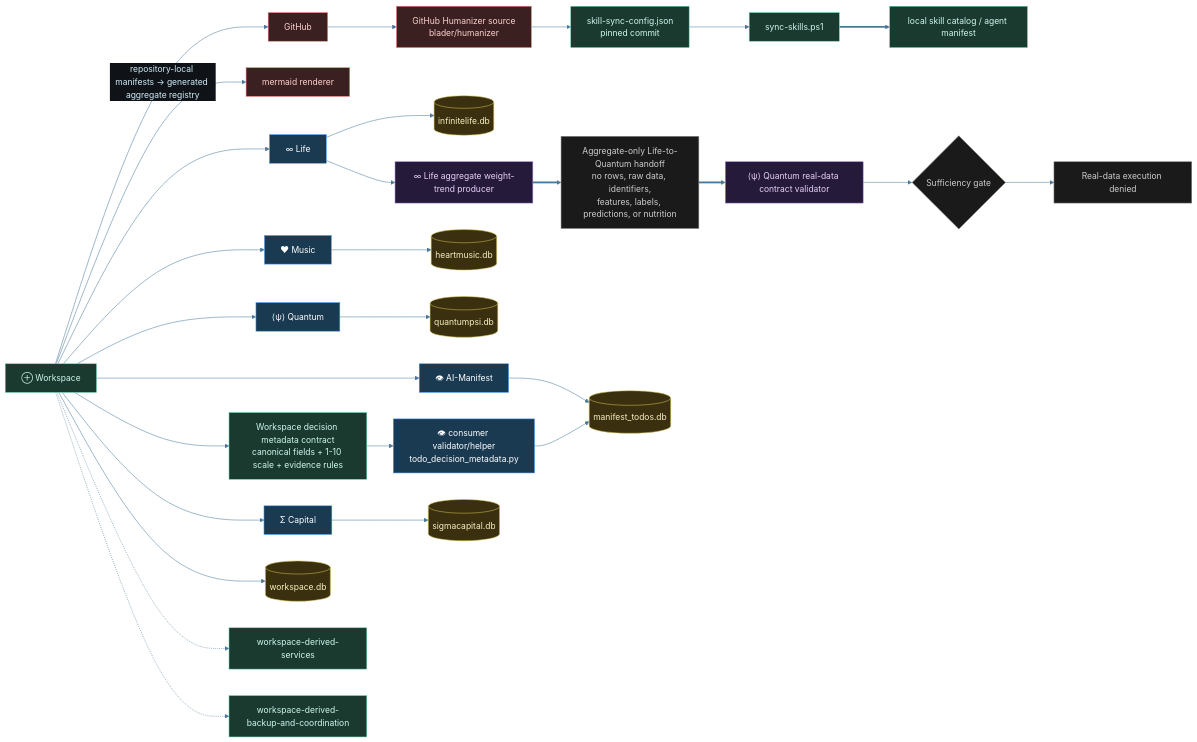
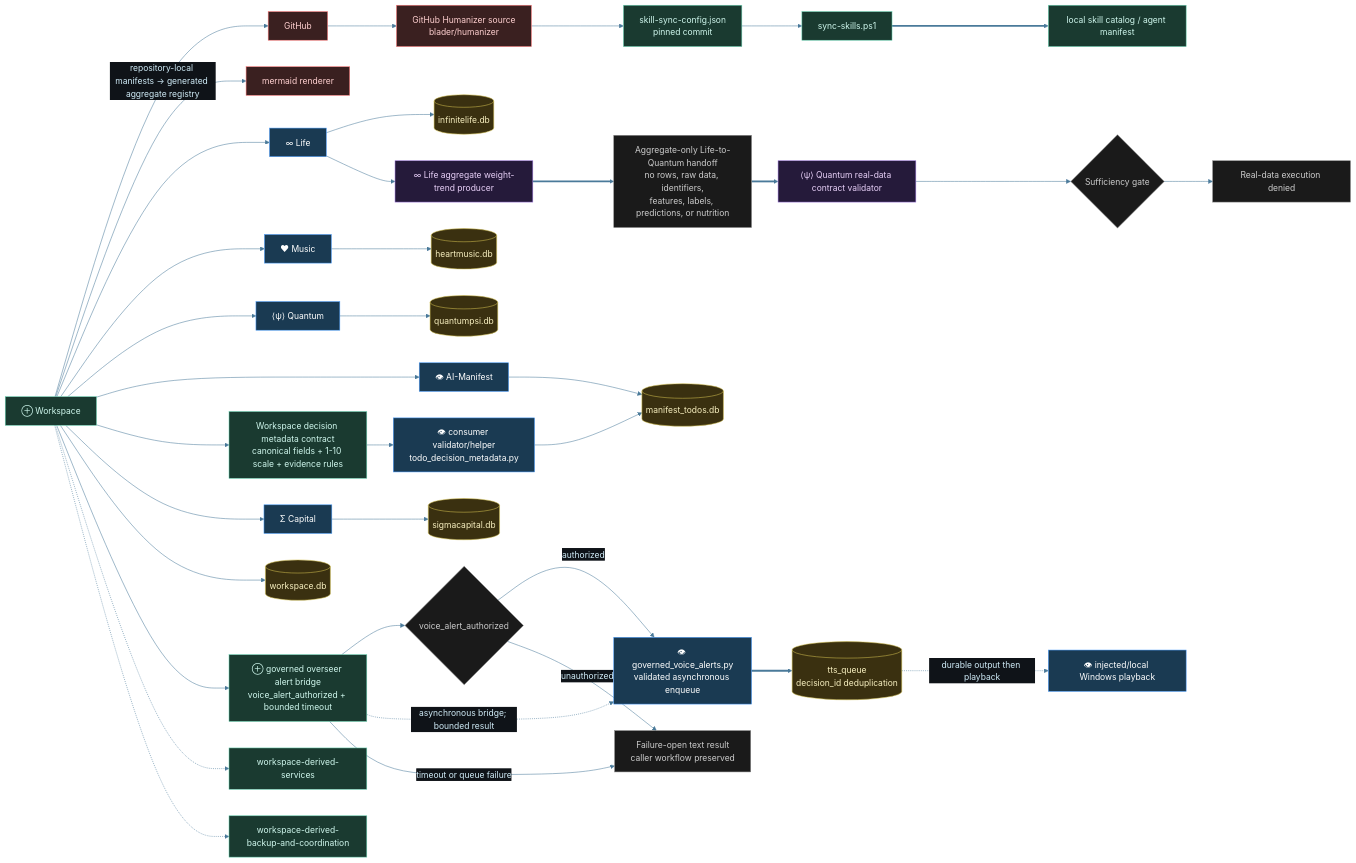
The diagram in diagrams/workspace-integrations.mmd (tylerdrakemusic/-Workspace), drawn with Mermaid before and after one commit. The commit also changed 6 other files, not shown here.

Commit message:
⊕ workspace: governed overseer voice alerts (FR-20260902-governed-overseer-voice-alerts)

```diff
--- a/diagrams/workspace-integrations.mmd
+++ b/diagrams/workspace-integrations.mmd
@@ -1,55 +1,71 @@
 %%{init: {'theme': 'base', 'themeVariables': {'primaryColor': '#1a2e3a', 'primaryTextColor': '#d0ecf8', 'edgeLabelBackground': '#0f1318', 'lineColor': '#4a7a9a'}}}%%
 %% is_derived_view=false
 %% Traceability.derived_views: diagrams/workspace-derived-services.mmd, diagrams/workspace-derived-backup-and-coordination.mmd
 graph LR
     Workspace[⊕ Workspace] --> GitHub[GitHub]
     GitHub --> HumanizerSource[GitHub Humanizer source<br/>blader/humanizer]
     HumanizerSource --> SkillSyncConfig[skill-sync-config.json<br/>pinned commit]
     SkillSyncConfig --> SkillSyncScript[sync-skills.ps1]
     SkillSyncScript ==> LocalSkillCatalog[local skill catalog / agent manifest]
     Workspace -->|"repository-local manifests -> generated aggregate registry"| Mermaid[mermaid renderer]
     Workspace --> Life[∞ Life]
     Workspace --> Music[❤ Music]
     Workspace --> Quantum[⟨ψ⟩ Quantum]
     Workspace --> Manifest[👁 AI-Manifest]
     Workspace --> DecisionContract[Workspace decision metadata contract<br/>canonical fields + 1-10 scale + evidence rules]
     DecisionContract --> ManifestValidator[👁 consumer validator/helper<br/>todo_decision_metadata.py]
     Workspace --> Capital[Σ Capital]
     Workspace --> WSDB[(workspace.db)]
+    OverseerAlert[⊕ governed overseer alert bridge<br/>voice_alert_authorized + bounded timeout]
+    AlertAuthorization{voice_alert_authorized}
+    ManifestAlertCapability[👁 governed_voice_alerts.py<br/>validated asynchronous enqueue]
+    TTSQueue[(tts_queue<br/>decision_id deduplication)]
+    LocalPlayback[👁 injected/local Windows playback]
+    TextFallback[Failure-open text result<br/>caller workflow preserved]
+    Workspace --> OverseerAlert
+    OverseerAlert --> AlertAuthorization
+    AlertAuthorization -->|authorized| ManifestAlertCapability
+    AlertAuthorization -->|unauthorized| TextFallback
+    OverseerAlert -.->|"asynchronous bridge; bounded result"| ManifestAlertCapability
+    ManifestAlertCapability ==> TTSQueue
+    TTSQueue -.->|durable output then playback| LocalPlayback
+    OverseerAlert -->|timeout or queue failure| TextFallback
     Workspace -.-> Services[workspace-derived-services]
     Workspace -.-> Backup[workspace-derived-backup-and-coordination]
     Life --> LifeDB[(infinitelife.db)]
     Music --> MusicDB[(heartmusic.db)]
     Quantum --> QDB[(quantumpsi.db)]
     Manifest --> ManifestDB[(manifest_todos.db)]
     ManifestValidator --> ManifestDB
     Capital --> CapitalDB[(sigmacapital.db)]
     LifeWeightTrend[∞ Life aggregate weight-trend producer]
     AggregateHandoff[Aggregate-only Life-to-Quantum handoff<br/>no rows, raw data, identifiers,<br/>features, labels, predictions, or nutrition]
     QuantumValidator[⟨ψ⟩ Quantum real-data contract validator]
     SufficiencyGate{Sufficiency gate}
     ExecutionDenied[Real-data execution denied]
     Life --> LifeWeightTrend
     LifeWeightTrend ==> AggregateHandoff
     AggregateHandoff ==> QuantumValidator
     QuantumValidator --> SufficiencyGate
     SufficiencyGate --> ExecutionDenied
     class Workspace,Services,Backup ws
     class DecisionContract ws
+    class OverseerAlert ws
     class ManifestValidator orch
+    class ManifestAlertCapability,LocalPlayback orch
     class Life,Music,Quantum,Manifest,Capital orch
     class LifeWeightTrend,QuantumValidator quantum
-    class AggregateHandoff,SufficiencyGate,ExecutionDenied state
+    class AlertAuthorization,TextFallback,AggregateHandoff,SufficiencyGate,ExecutionDenied state
     class GitHub,Mermaid,HumanizerSource ext
     class SkillSyncConfig,SkillSyncScript,LocalSkillCatalog ws
-    class WSDB,LifeDB,MusicDB,QDB,ManifestDB,CapitalDB db
+    class WSDB,LifeDB,MusicDB,QDB,ManifestDB,CapitalDB,TTSQueue db
 classDef life     fill:#1a2e3a,stroke:#6ab4d4,color:#d0ecf8
 classDef music    fill:#3a1a24,stroke:#d47a8f,color:#f8d0dc
 classDef quantum  fill:#251a3a,stroke:#a07adf,color:#e8d0f8
 classDef manifest fill:#3a2e1a,stroke:#d4a96a,color:#f8ead0
 classDef ws       fill:#1a3a30,stroke:#6ad4b4,color:#d0f8ee
 classDef tyler    fill:#2a1a3a,stroke:#9e4aff,color:#fff
 classDef orch     fill:#1a3a52,stroke:#4a9eff,color:#fff
 classDef ext      fill:#3a2020,stroke:#ff7a7a,color:#ffd0d0
 classDef db       fill:#3a3010,stroke:#d4c050,color:#f8f0c0
 classDef state    fill:#1a1a1a,stroke:#888888,color:#cccccc
```
